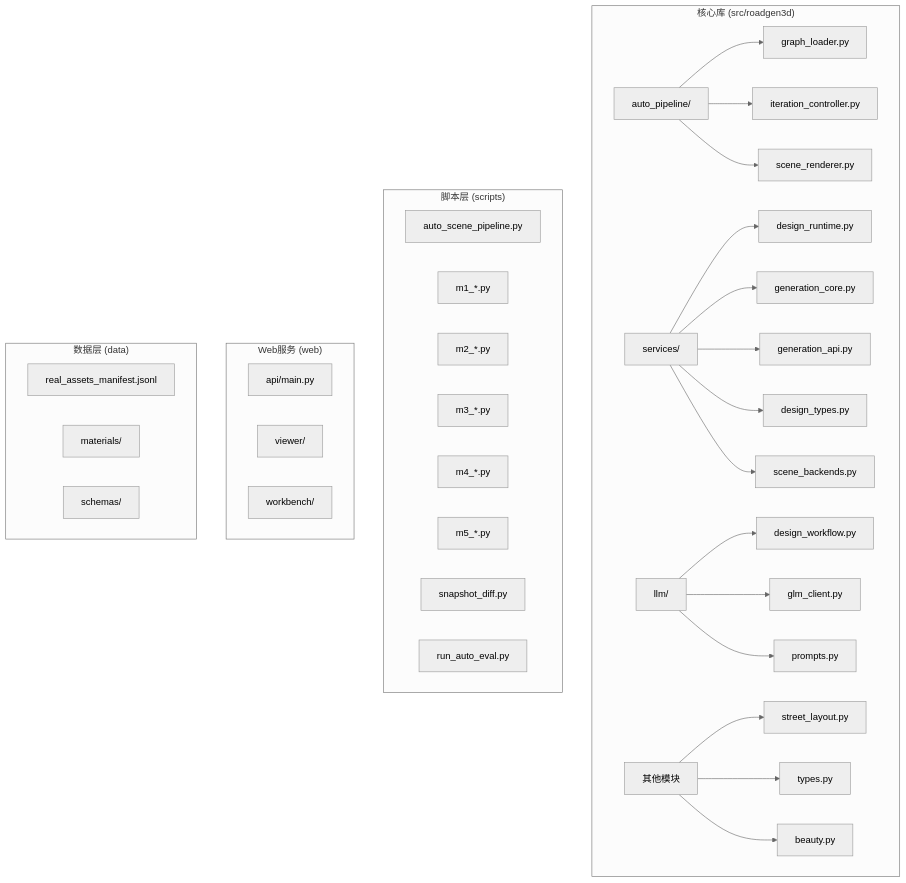
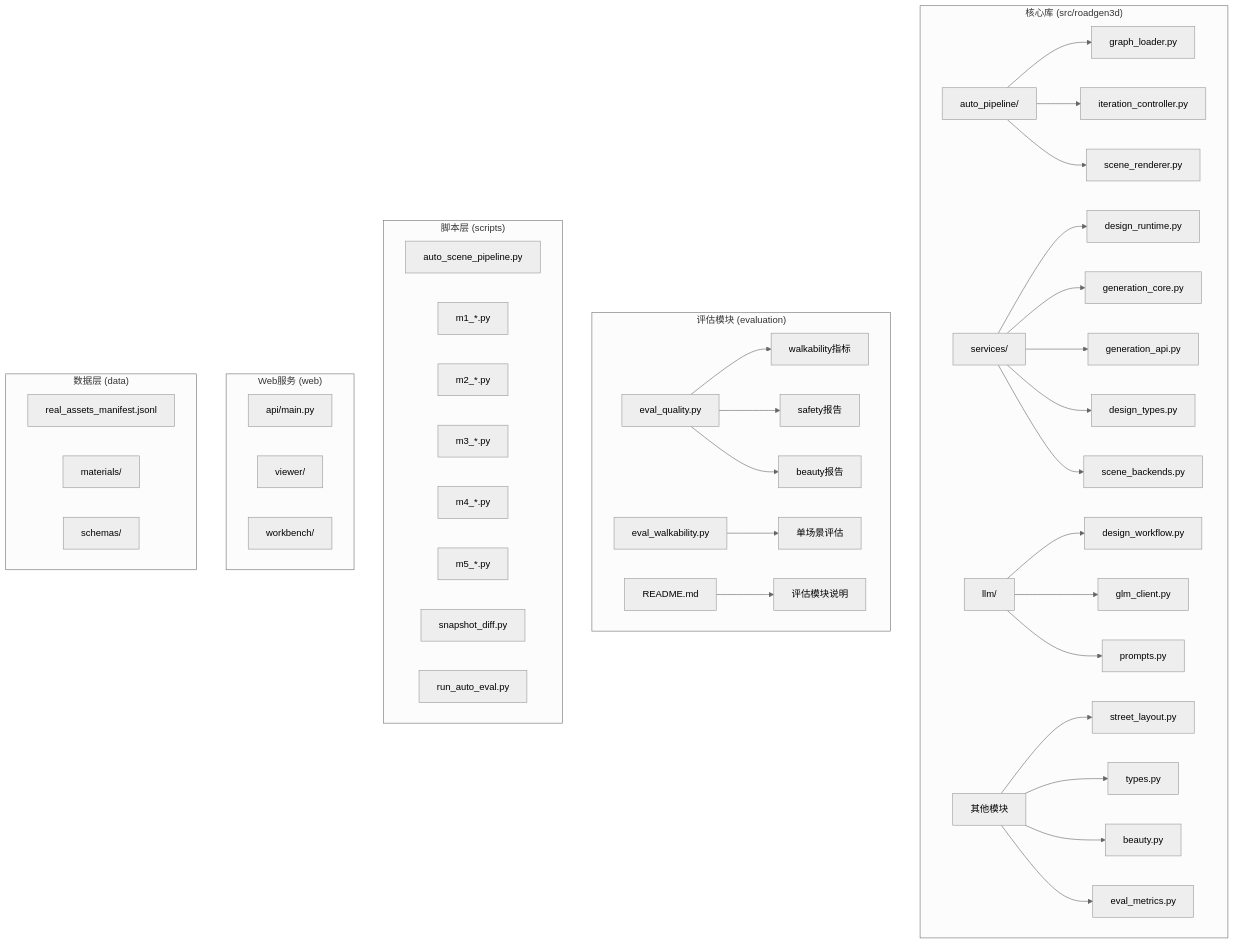
The first of 17 diagrams in .qoder/repowiki/zh/content/里程碑管道/自动场景生成流水线/自动场景生成流水线.md (wsqstar/RoadGen3D), drawn with Mermaid (neutral theme) before and after one commit. The commit also changed other lines of this file and 12 other files, not shown here.

````diff
--- a/.qoder/repowiki/zh/content/里程碑管道/自动场景生成流水线/自动场景生成流水线.md
+++ b/.qoder/repowiki/zh/content/里程碑管道/自动场景生成流水线/自动场景生成流水线.md
@@ -57,39 +67,47 @@
 ```mermaid
 graph TB
 subgraph "核心库 (src/roadgen3d)"
 A[auto_pipeline/] --> A1[graph_loader.py]
 A --> A2[iteration_controller.py]
 A --> A3[scene_renderer.py]
 B[services/] --> B1[design_runtime.py]
 B --> B2[generation_core.py]
 B --> B3[generation_api.py]
 B --> B4[design_types.py]
 B --> B5[scene_backends.py]
 C[llm/] --> C1[design_workflow.py]
 C --> C2[glm_client.py]
 C --> C3[prompts.py]
 D[其他模块] --> D1[street_layout.py]
 D --> D2[types.py]
 D --> D3[beauty.py]
+D --> D4[eval_metrics.py]
+end
+subgraph "评估模块 (evaluation)"
+E[eval_quality.py] --> E1[walkability指标]
+E --> E2[safety报告]
+E --> E3[beauty报告]
+F[eval_walkability.py] --> F1[单场景评估]
+G[README.md] --> G1[评估模块说明]
 end
 subgraph "脚本层 (scripts)"
-E[auto_scene_pipeline.py]
-E1[m1_*.py]
-E2[m2_*.py]
-E3[m3_*.py]
-E4[m4_*.py]
-E5[m5_*.py]
-E6[snapshot_diff.py]
-E7[run_auto_eval.py]
+H[auto_scene_pipeline.py]
+H1[m1_*.py]
+H2[m2_*.py]
+H3[m3_*.py]
+H4[m4_*.py]
+H5[m5_*.py]
+H6[snapshot_diff.py]
+H7[run_auto_eval.py]
 end
 subgraph "Web服务 (web)"
-F[api/main.py]
-G[viewer/]
-H[workbench/]
+I[api/main.py]
+J[viewer/]
+K[workbench/]
 end
 subgraph "数据层 (data)"
-I[real_assets_manifest.jsonl]
-J[materials/]
-K[schemas/]
+L[real_assets_manifest.jsonl]
+M[materials/]
+N[schemas/]
 end
 ```
````
